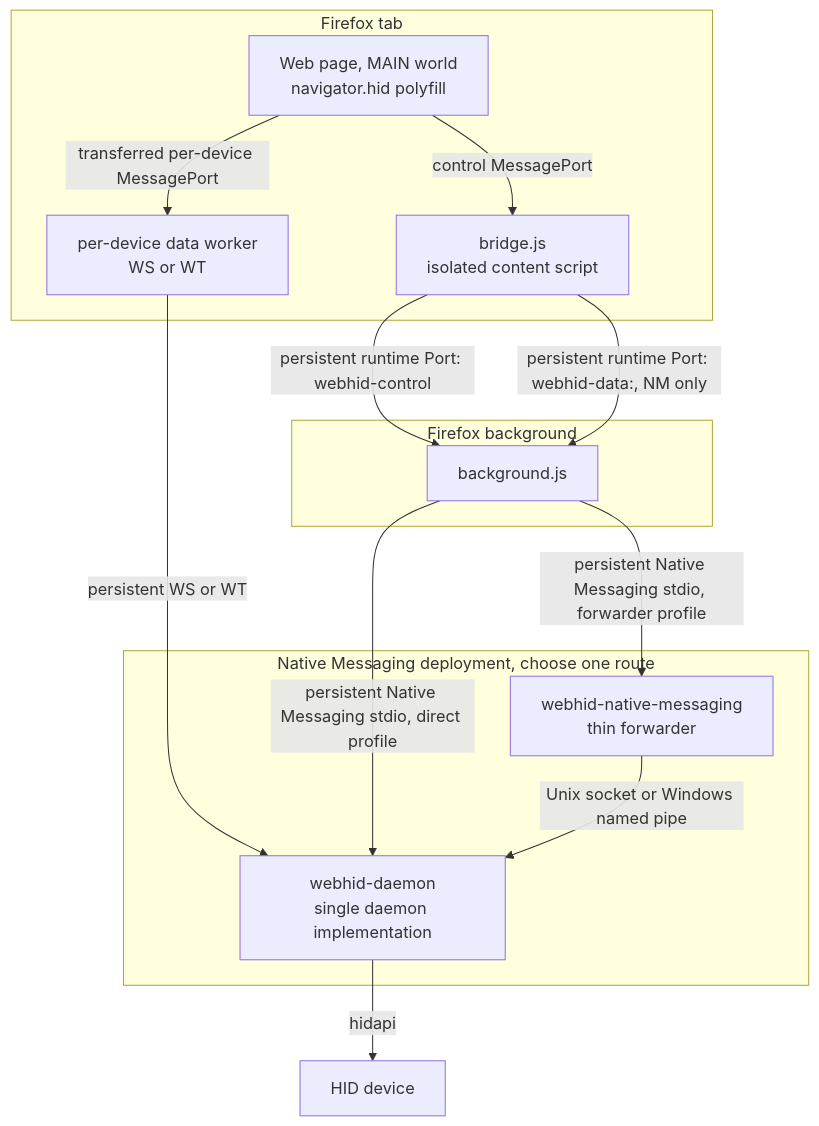
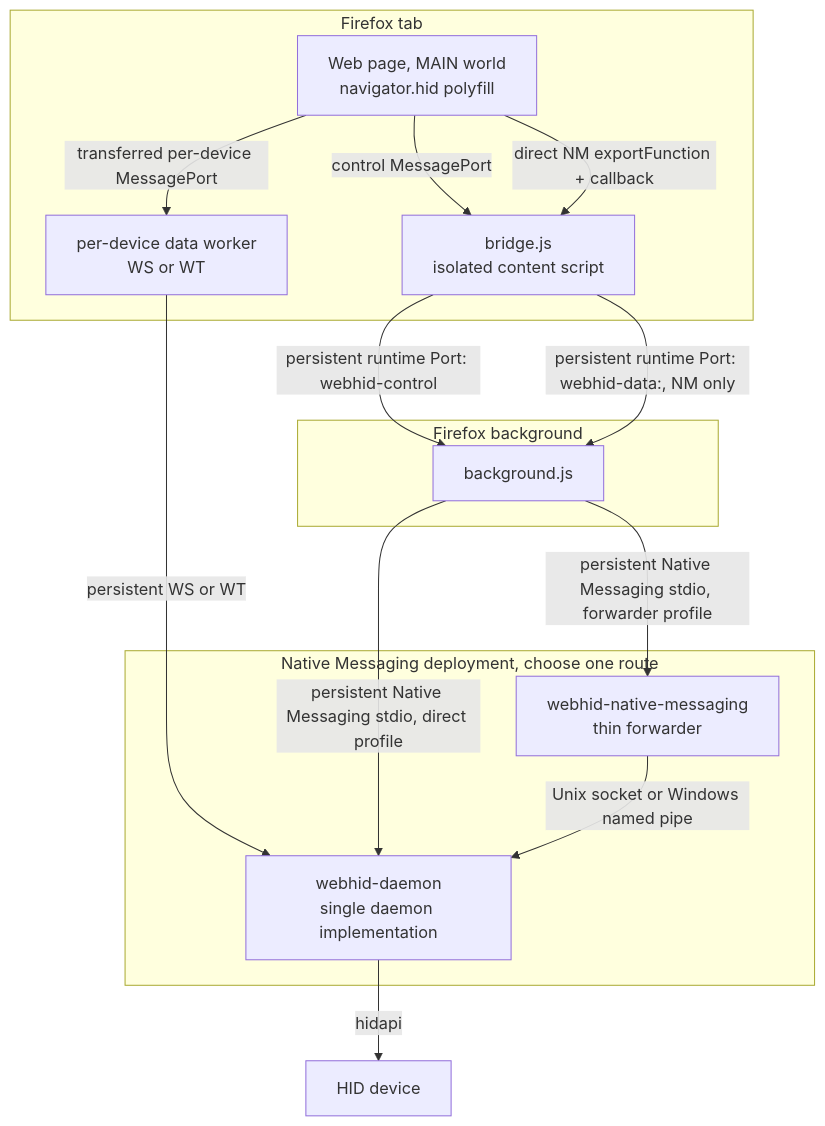
The first of 8 diagrams in docs/ARCHITECTURE.md (OpenPolyfill/WebHID), drawn with Mermaid before and after one commit. The commit also changed other lines of this file and 5 other files, not shown here.

````diff
--- a/docs/ARCHITECTURE.md
+++ b/docs/ARCHITECTURE.md
@@ -5,29 +5,30 @@
 ```mermaid
 graph TB
     subgraph "Firefox tab"
         Page["Web page, MAIN world<br/>navigator.hid polyfill"]
         Bridge["bridge.js<br/>isolated content script"]
         Worker["per-device data worker<br/>WS or WT"]
     end
 
     subgraph "Firefox background"
         BG["background.js"]
     end
 
     subgraph "Native Messaging deployment, choose one route"
         Forwarder["webhid-native-messaging<br/>thin forwarder"]
         Daemon["webhid-daemon<br/>single daemon implementation"]
     end
 
     HID["HID device"]
 
     Page -- "control MessagePort" --> Bridge
+    Page -- "direct NM exportFunction + callback" --> Bridge
     Bridge -- "persistent runtime Port: webhid-control" --> BG
     Page -- "transferred per-device MessagePort" --> Worker
     Bridge -- "persistent runtime Port: webhid-data:<deviceId>, NM only" --> BG
     Worker -- "persistent WS or WT" --> Daemon
     BG -- "persistent Native Messaging stdio, direct profile" --> Daemon
     BG -- "persistent Native Messaging stdio, forwarder profile" --> Forwarder
     Forwarder -- "Unix socket or Windows named pipe" --> Daemon
     Daemon -- "hidapi" --> HID
 ```
````
